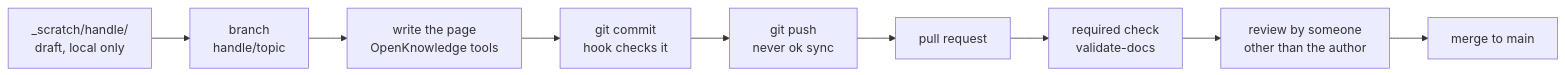
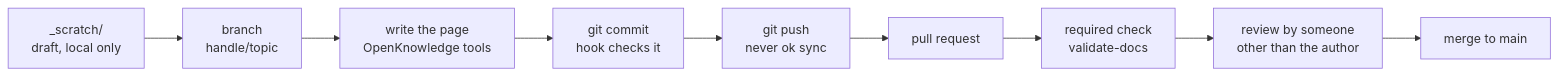
One commit to inotives/inotives-knowledge-share changed the diagram in INSTRUCTIONS.md. Above: the diagram before and after it, drawn with Mermaid. The commit also changed other lines of this file and 16 other files, not shown here.

````diff
--- a/INSTRUCTIONS.md
+++ b/INSTRUCTIONS.md
@@ -13,11 +13,11 @@
 ```mermaid
 flowchart LR
-    S["_scratch/handle/<br/>draft, local only"] --> B["branch<br/>handle/topic"]
+    S["_scratch/<br/>draft, local only"] --> B["branch<br/>handle/topic"]
     B --> W["write the page<br/>OpenKnowledge tools"]
     W --> C["git commit<br/>hook checks it"]
     C --> P["git push<br/>never ok sync"]
     P --> PR["pull request"]
     PR --> CI["required check<br/>validate-docs"]
     CI --> R["review by someone<br/>other than the author"]
     R --> M["merge to main"]
 ```
````
